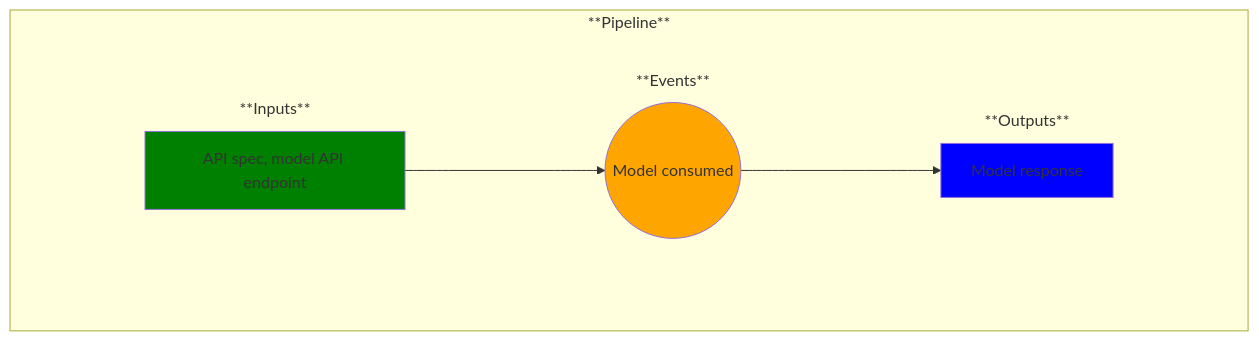
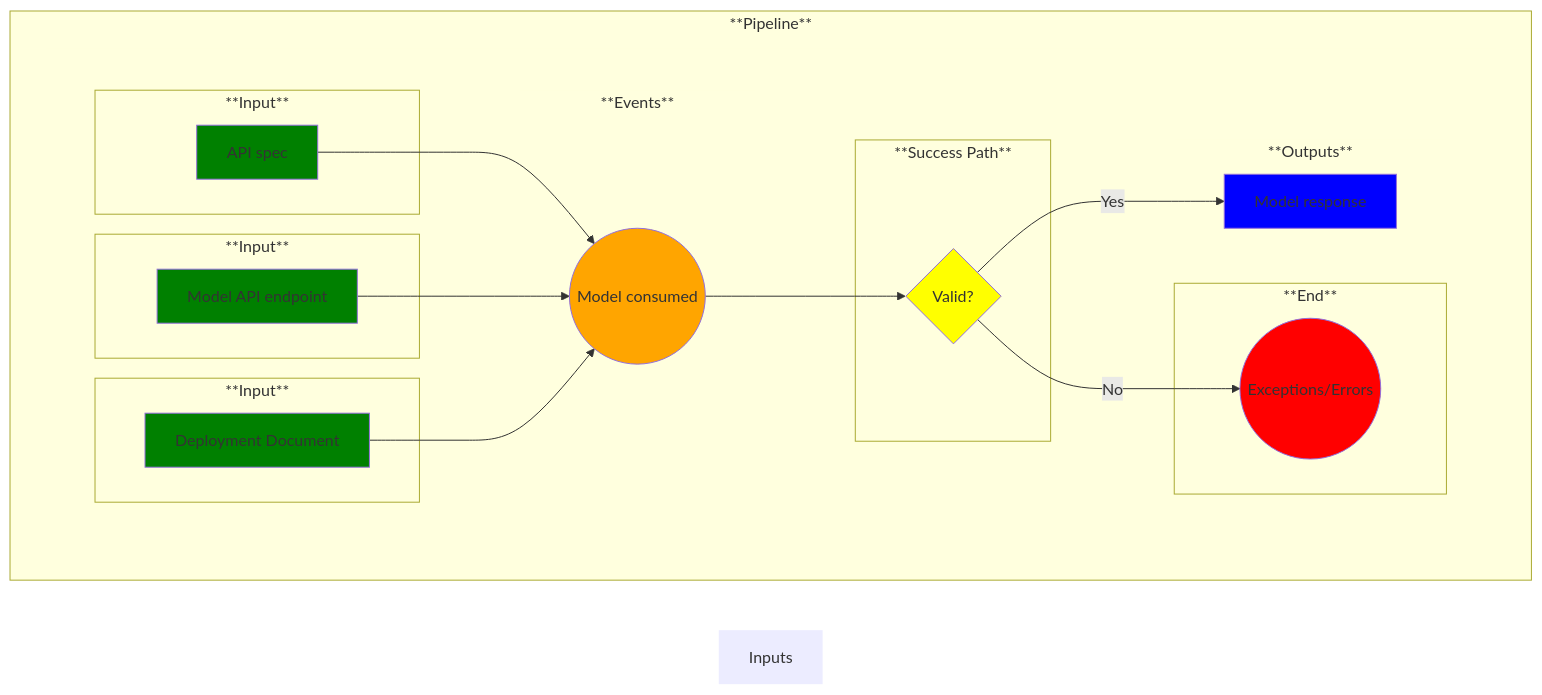
The diagram in use-cases/20-model-consumed.md (MLOps-OpenAPI/arch-diagrams), drawn with Mermaid before and after one commit. The commit also changed other lines of this file, not shown here.

Commit message:
Updates for issue 58: UC 20 Updates Needed

````diff
--- a/use-cases/20-model-consumed.md
+++ b/use-cases/20-model-consumed.md
@@ -17,51 +21,79 @@
 ```mermaid
 
 %% Creating a left-to-right flowchart
 %% Learn the syntax here: https://mermaid.js.org/syntax/flowchart.html
 %% Note: flowchart and graph are the same in Mermaid
 graph LR;
 
     %% Define the common flow items:
     %%A--> B
     %%B-->C
     subgraph Pipeline ["**Pipeline**"]
         
         %% Add an empty node to overcome some formatting issues
         subgraph invisibleSpace["<br/>"]
 
             %% Add the rest of the nodes
-            subgraph Inputs ["**Inputs**"]
-                A
+            subgraph Input1 ["**Input**"]
+                A1
+            end
+            subgraph Input2 ["**Input**"]
+                A2
+            end
+            subgraph Input3 ["**Input**"]
+                A3
             end
             subgraph Events ["**Events**"]
                 B
             end
-            subgraph Outputs ["**Outputs**"]
+            subgraph Success ["**Success Path**"]
                 C
             end
+            subgraph End ["**End**"]
+                D
+            end
+            subgraph Outputs ["**Outputs**"]
+                E
+            end
         end
-        A-->B
+        A1-->B
+        A2-->B
+        A3-->B
         %%C--> | test text | D
         B-->C
-        %%D--> | test text | E
+        C--> | No | D
+        C--> | Yes | E
     end
 
     %% Now label and style the blocks
     %% Note: You could have done this above, but I find this to be cleaner and easier to manage
 
-    A[API spec, model API endpoint]
-    style A fill:green
+    A1[API spec]
+    style A1 fill:green
+
+    A2[Model API endpoint]
+    style A2 fill:green
+
+    A3[Deployment Document]
+    style A3 fill:green
+
 
     B((Model consumed))
     style B fill:orange
 
-    C[Model response]
-    style C fill:blue
+    C{Valid?}
+    style C fill:yellow
+
+    D((Exceptions/Errors))
+    style D fill:red
+
+    E[Model response]
+    style E fill:blue
 
     %% Remove unnecessary box outlines
     style invisibleSpace stroke-width:0
     style Inputs stroke-width:0
     style Events stroke-width:0
     style Outputs stroke-width:0
 
 ```
````
